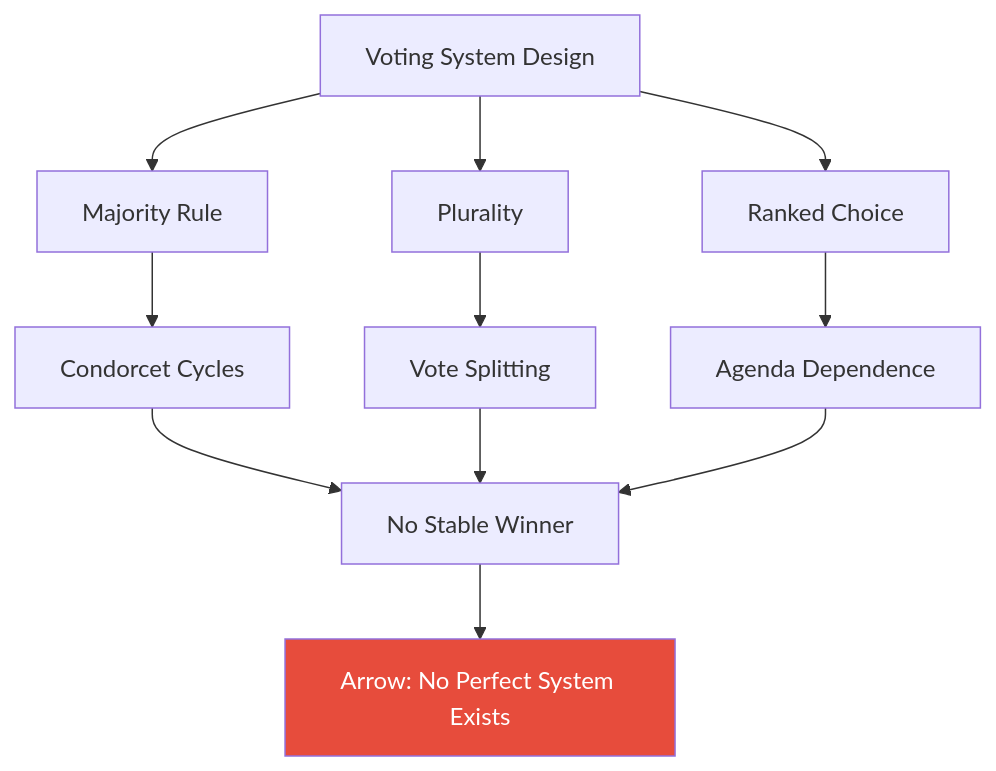
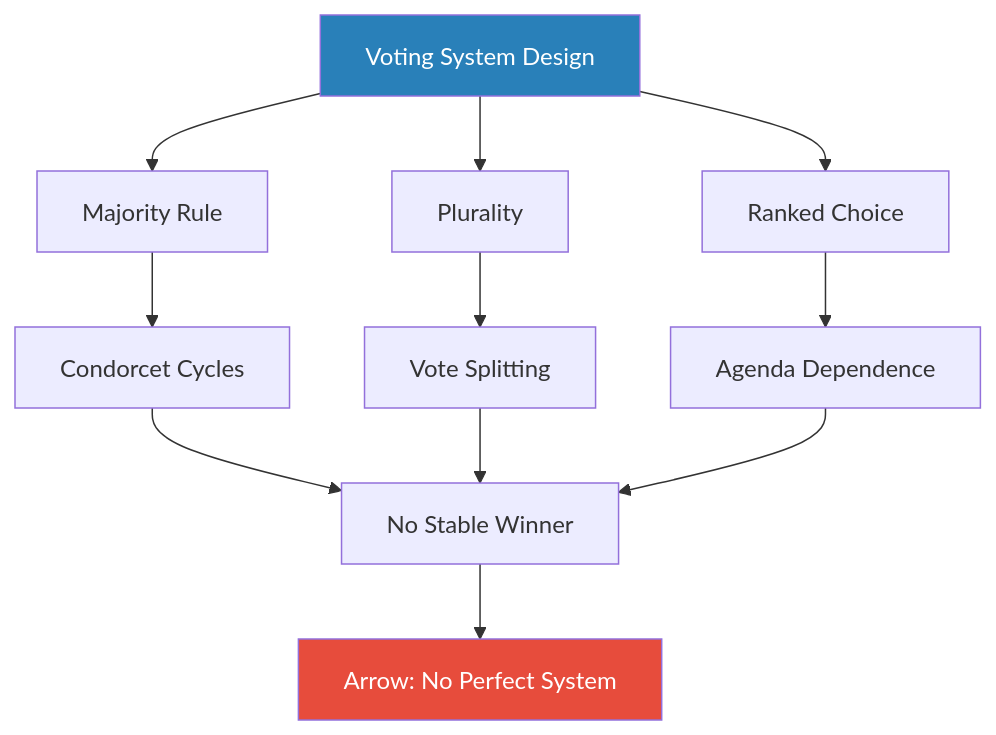
One commit to alius33/reader changed the sixth of 7 diagrams in summaries/Strategy & Systems Thinking/Thinking Strategically - Avinash K. Dixit & Barry J. Nalebuff.md. Above: the diagram before and after it, drawn with Mermaid. The commit also changed other lines of this file and 272 other files, not shown here.

````diff
--- a/summaries/Strategy & Systems Thinking/Thinking Strategically - Avinash K. Dixit & Barry J. Nalebuff.md
+++ b/summaries/Strategy & Systems Thinking/Thinking Strategically - Avinash K. Dixit & Barry J. Nalebuff.md
@@ -638,14 +802,15 @@
 ```mermaid
 flowchart TD
     A[Voting System Design] --> B[Majority Rule]
     A --> C[Plurality]
     A --> D[Ranked Choice]
     B --> E[Condorcet Cycles]
     C --> F[Vote Splitting]
     D --> G[Agenda Dependence]
     E --> H[No Stable Winner]
     F --> H
     G --> H
-    H --> I[Arrow: No Perfect System Exists]
+    H --> I[Arrow: No Perfect System]
     style I fill:#e74c3c,color:#fff
+    style A fill:#2980b9,color:#fff
 ```
````
